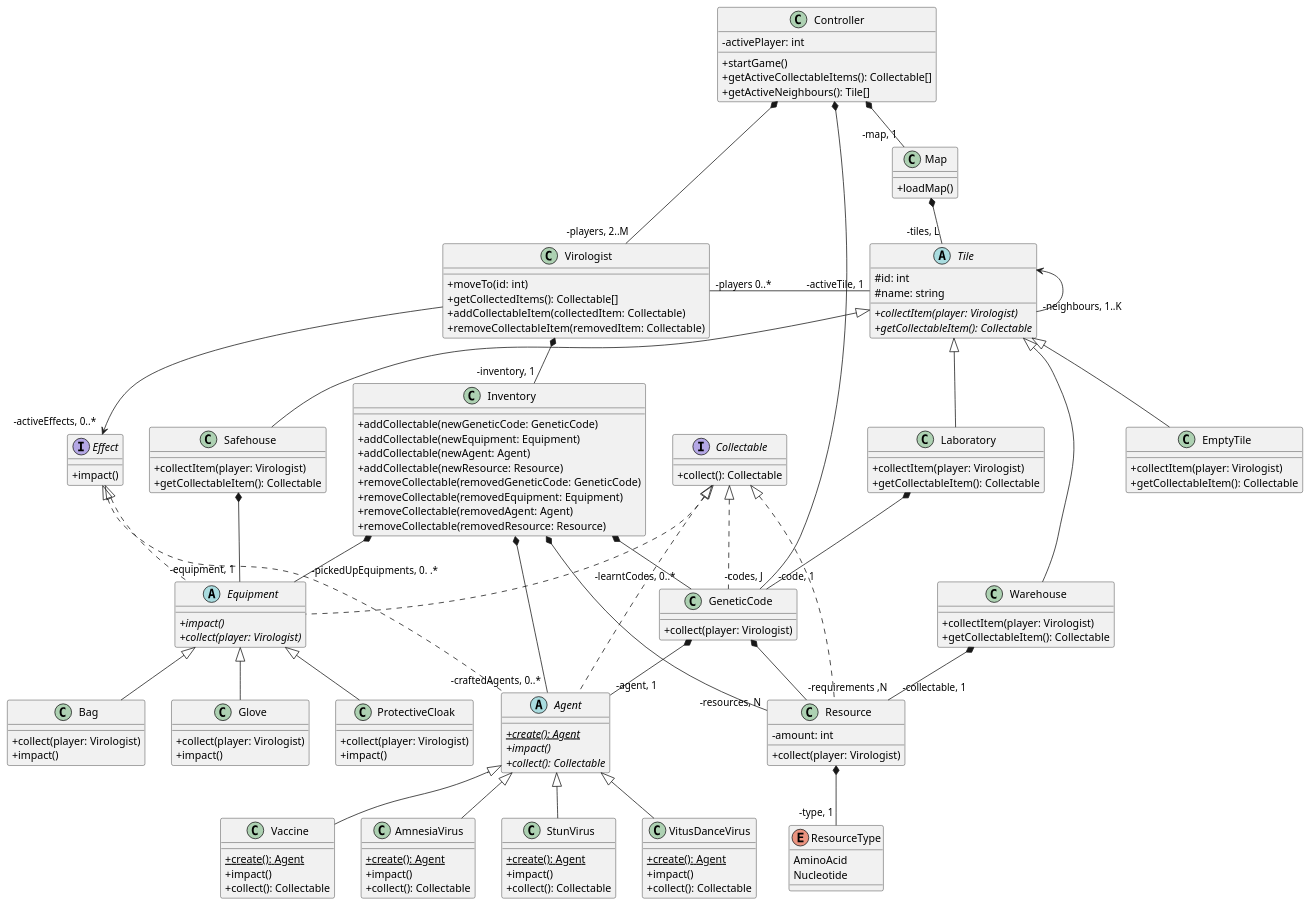
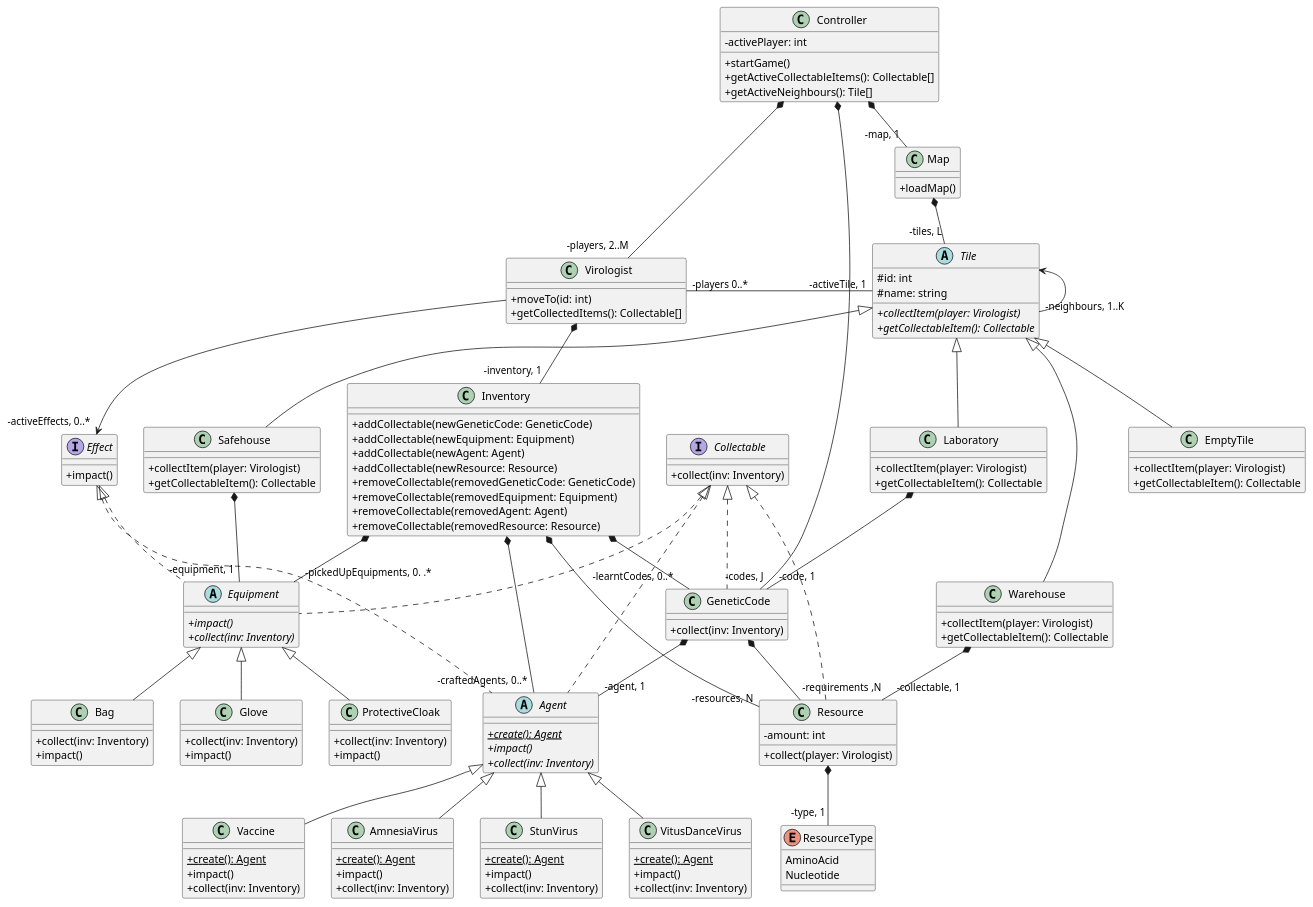
One commit to Tschonti/503-service-unavailable changed the diagram in docs/classDiagram.puml. Above: the diagram before and after it, drawn with PlantUML.

Commit message:
collectable interfész

```diff
--- a/docs/classDiagram.puml
+++ b/docs/classDiagram.puml
@@ -1,155 +1,153 @@
 @startuml
 'https://plantuml.com/class-diagram
 skinparam classAttributeIconSize 0
 class Resource implements Collectable {
     -amount: int
     +collect(player: Virologist)
 }
 
 enum ResourceType {
     AminoAcid
     Nucleotide
 }
 'class AminoAcid extends Resource {
 '
 '}
 'class Nucleotide extends Resource {
 '
 '}
 Resource *-- "-type, 1" ResourceType
 
 abstract class Agent implements Effect, Collectable {
     {static} {abstract} +create(): Agent
     {abstract} +impact()
-    {abstract} +collect(): Collectable
+    {abstract} +collect(inv: Inventory)
 }
 
 class AmnesiaVirus extends Agent{
     {static} +create(): Agent
     +impact()
-    +collect(): Collectable
+    +collect(inv: Inventory)
 }
 
 class StunVirus extends Agent{
     {static} +create(): Agent
     +impact()
-    +collect(): Collectable
+    +collect(inv: Inventory)
 }
 class VitusDanceVirus extends Agent{
     {static} +create(): Agent
     +impact()
-    +collect(): Collectable
+    +collect(inv: Inventory)
 }
 class Vaccine extends Agent{
     {static} +create(): Agent
     +impact()
-    +collect(): Collectable
+    +collect(inv: Inventory)
 }
 
 class Virologist {
     +moveTo(id: int)
     +getCollectedItems(): Collectable[]
-    +addCollectableItem(collectedItem: Collectable)
-    +removeCollectableItem(removedItem: Collectable)
 }
 
 class Inventory {
     +addCollectable(newGeneticCode: GeneticCode)
     +addCollectable(newEquipment: Equipment)
     +addCollectable(newAgent: Agent)
     +addCollectable(newResource: Resource)
     +removeCollectable(removedGeneticCode: GeneticCode)
     +removeCollectable(removedEquipment: Equipment)
     +removeCollectable(removedAgent: Agent)
     +removeCollectable(removedResource: Resource)
 }
 interface Effect {
     +impact()
 }
 class GeneticCode implements Collectable {
-    +collect(player: Virologist)
+    +collect(inv: Inventory)
 }
 
 interface Collectable {
-    +collect(): Collectable
+    +collect(inv: Inventory)
 }
 
 Virologist *-- "-inventory, 1" Inventory
 Virologist --> "-activeEffects, 0..*" Effect
 
 Inventory *-- "-learntCodes, 0..*" GeneticCode
 Inventory *-- "-pickedUpEquipments, 0. .*" Equipment
 Inventory *-- "-craftedAgents, 0..*" Agent
 Inventory *-- "-resources, N" Resource
 
 GeneticCode *-- "-requirements ,N" Resource
 GeneticCode *-- "-agent, 1" Agent
 
 Virologist "-players 0..*" - "-activeTile, 1" Tile
 
 abstract class Equipment implements Effect, Collectable {
     {abstract} +impact()
-    {abstract} +collect(player: Virologist)
+    {abstract} +collect(inv: Inventory)
 
 }
 class ProtectiveCloak extends Equipment {
-    +collect(player: Virologist)
+    +collect(inv: Inventory)
     +impact()
 }
 
 class Bag extends Equipment{
-    +collect(player: Virologist)
+    +collect(inv: Inventory)
     +impact()
 }
 class Glove extends Equipment {
-    +collect(player: Virologist)
+    +collect(inv: Inventory)
     +impact()
 }
 
 'There is Collectable getter because EmptyTile must have a getter either
 abstract class Tile {
     #id: int
     #name: string
     {abstract} +collectItem(player: Virologist)
     {abstract} +getCollectableItem(): Collectable
 }
 class Laboratory extends Tile {
     +collectItem(player: Virologist)
     +getCollectableItem(): Collectable
 }
 
 class Safehouse extends Tile {
     +collectItem(player: Virologist)
     +getCollectableItem(): Collectable
 }
 class Warehouse extends Tile {
     +collectItem(player: Virologist)
     +getCollectableItem(): Collectable
 }
 class EmptyTile extends Tile {
     +collectItem(player: Virologist)
     +getCollectableItem(): Collectable
 }
 
 class Map {
     +loadMap()
 }
 Laboratory *-- "-code, 1" GeneticCode
 Safehouse *-- "-equipment, 1" Equipment
 Warehouse *-- "-collectable, 1" Resource
 
 Map  *-- "-tiles, L" Tile
 Tile <-- "-neighbours, 1..K" Tile
 
 
 class Controller {
     -activePlayer: int
     +startGame()
     +getActiveCollectableItems(): Collectable[]
     +getActiveNeighbours(): Tile[]
 }
 Controller *-- "-map, 1" Map
 Controller *-- "-players, 2..M" Virologist
 Controller *-- "-codes, J" GeneticCode
 
 @enduml
```
